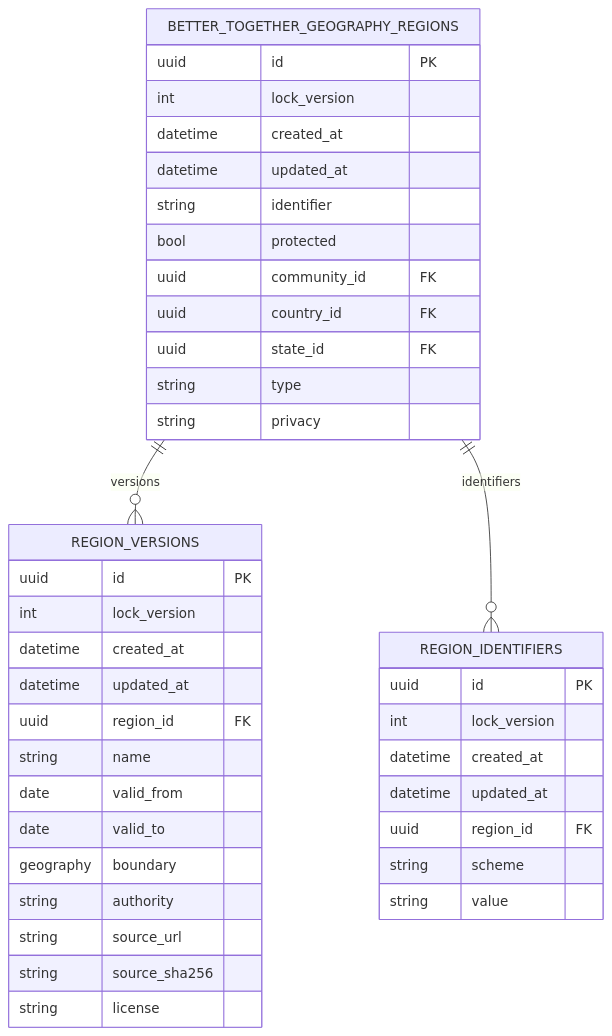
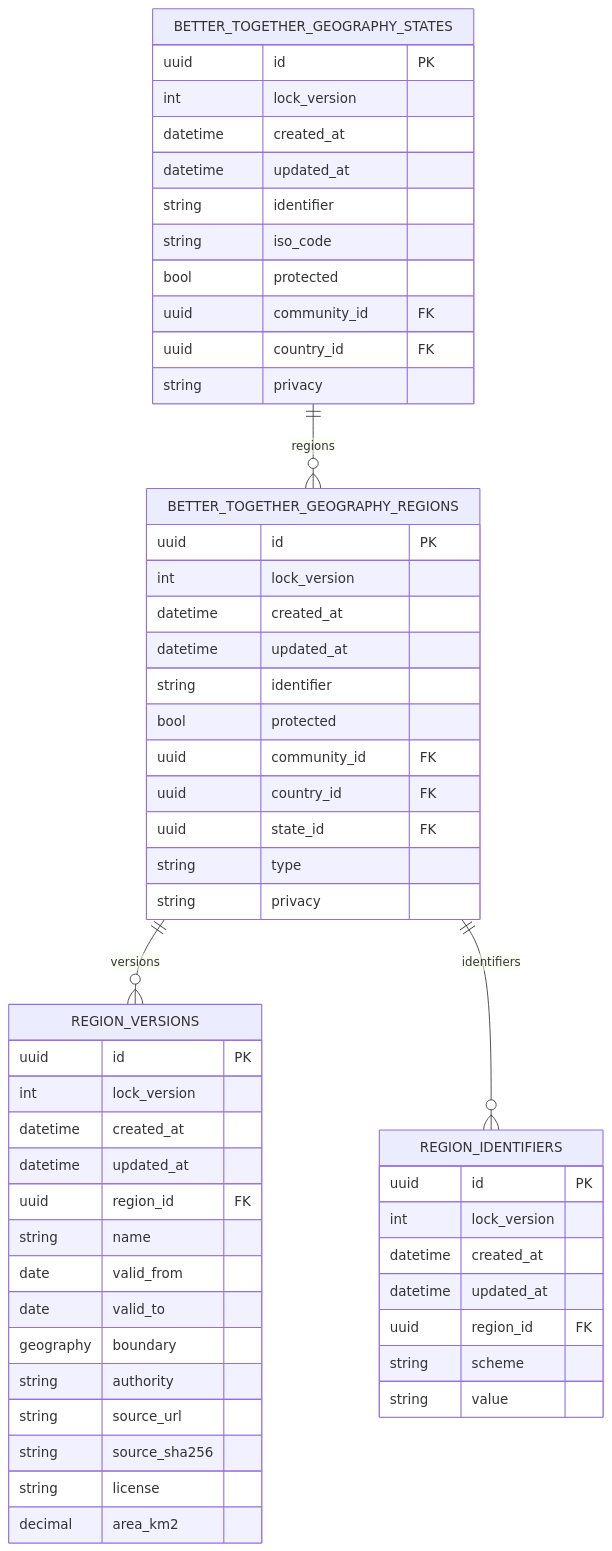
Before and after one commit to better-together-solutions/newfoundlandlabradoronline: the diagram in docs/diagrams/source/nlo_regions_schema_erd.mmd, drawn with Mermaid. The commit also changed 66 other files, not shown here.

```diff
--- a/docs/diagrams/source/nlo_regions_schema_erd.mmd
+++ b/docs/diagrams/source/nlo_regions_schema_erd.mmd
@@ -1,42 +1,56 @@
 %% Generated by scripts/export_diagrams.rb. Do not edit by hand.
 %% render.orientation: landscape
 erDiagram
+  BETTER_TOGETHER_GEOGRAPHY_STATES {
+    uuid id PK
+    int lock_version
+    datetime created_at
+    datetime updated_at
+    string identifier
+    string iso_code
+    bool protected
+    uuid community_id FK
+    uuid country_id FK
+    string privacy
+  }
   BETTER_TOGETHER_GEOGRAPHY_REGIONS {
     uuid id PK
     int lock_version
     datetime created_at
     datetime updated_at
     string identifier
     bool protected
     uuid community_id FK
     uuid country_id FK
     uuid state_id FK
     string type
     string privacy
   }
   REGION_VERSIONS {
     uuid id PK
     int lock_version
     datetime created_at
     datetime updated_at
     uuid region_id FK
     string name
     date valid_from
     date valid_to
     geography boundary
     string authority
     string source_url
     string source_sha256
     string license
+    decimal area_km2
   }
   REGION_IDENTIFIERS {
     uuid id PK
     int lock_version
     datetime created_at
     datetime updated_at
     uuid region_id FK
     string scheme
     string value
   }
+  BETTER_TOGETHER_GEOGRAPHY_STATES ||--o{ BETTER_TOGETHER_GEOGRAPHY_REGIONS : "regions"
   BETTER_TOGETHER_GEOGRAPHY_REGIONS ||--o{ REGION_VERSIONS : "versions"
   BETTER_TOGETHER_GEOGRAPHY_REGIONS ||--o{ REGION_IDENTIFIERS : "identifiers"
```
